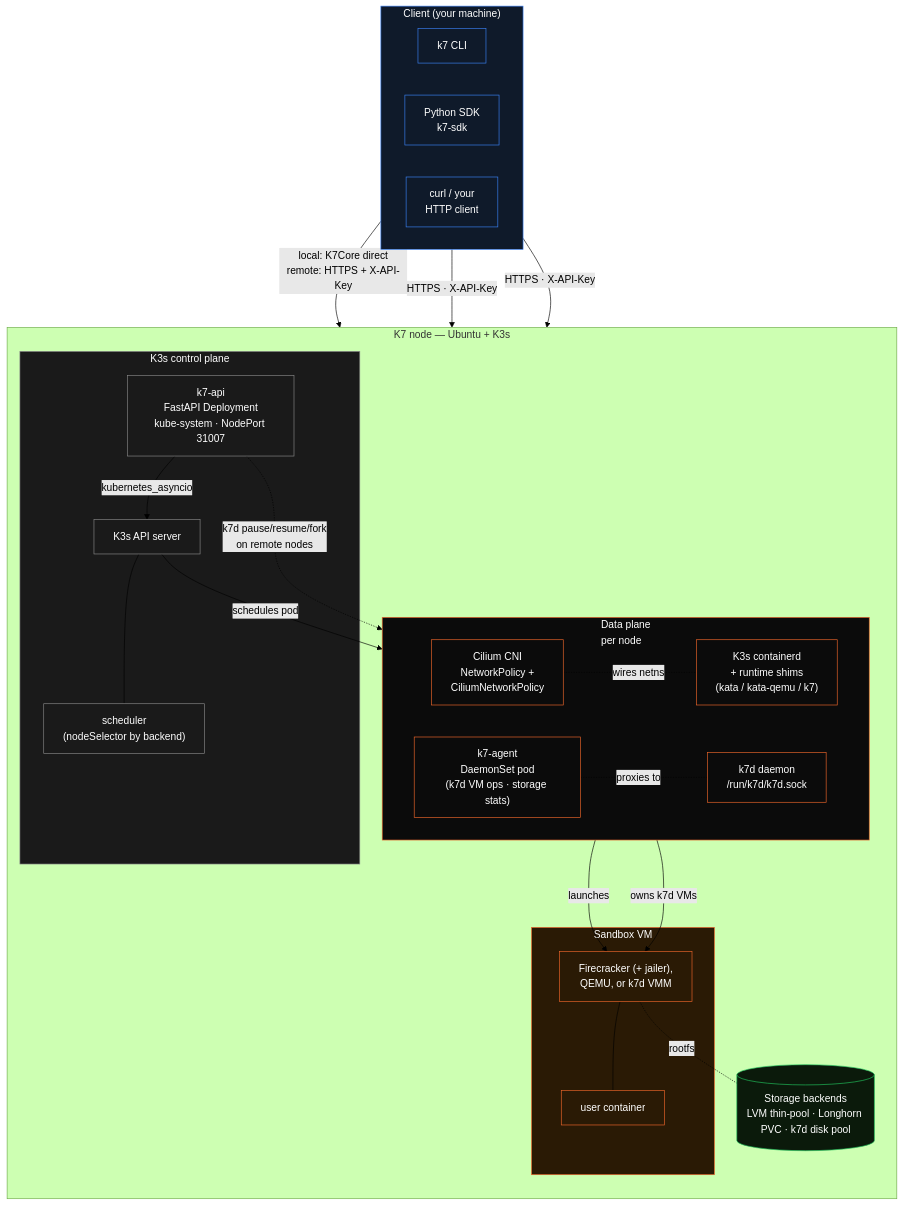
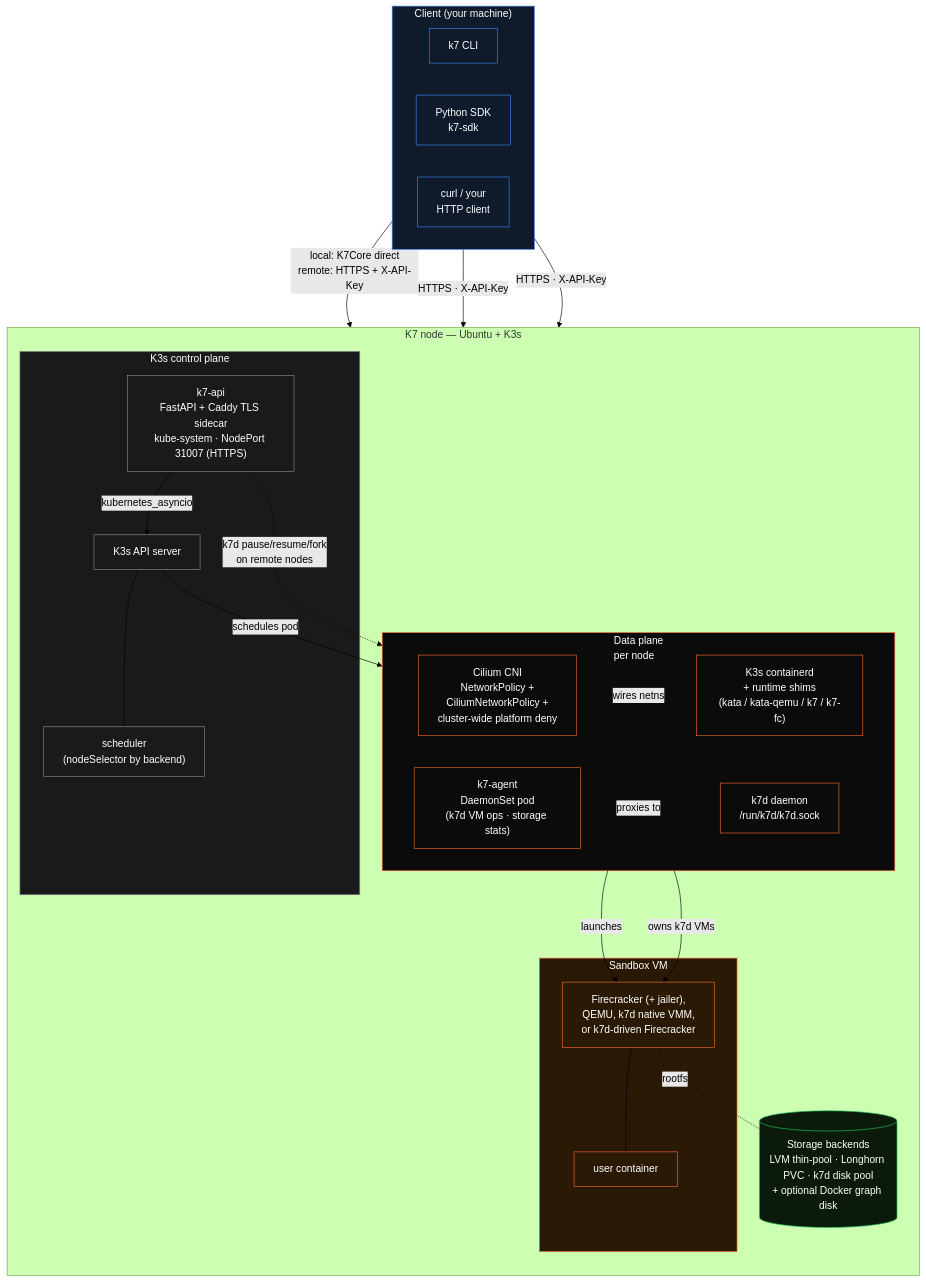
Before and after one commit to Katakate/docs: the diagram in k7/concepts/architecture.mdx, drawn with Mermaid (forest theme). The commit also changed other lines of this file and 32 other files, not shown here.

````diff
--- a/k7/concepts/architecture.mdx
+++ b/k7/concepts/architecture.mdx
@@ -10,60 +10,60 @@
 ```mermaid
 flowchart TB
     subgraph Client["Client (your machine)"]
         direction LR
         CLI["k7 CLI"]
         SDK["Python SDK<br/>k7-sdk"]
         Curl["curl / your<br/>HTTP client"]
     end
 
     subgraph Node["K7 node — Ubuntu + K3s"]
         direction TB
 
         subgraph ControlPlane["K3s control plane"]
-            API["k7-api<br/>FastAPI Deployment<br/>kube-system · NodePort 31007"]
+            API["k7-api<br/>FastAPI + Caddy TLS sidecar<br/>kube-system · NodePort 31007 (HTTPS)"]
             K3sAPI["K3s API server"]
             Sched["scheduler<br/>(nodeSelector by backend)"]
             API -- "kubernetes_asyncio" --> K3sAPI
             K3sAPI --- Sched
         end
 
         subgraph DataPlane["Data plane<br/>per node"]
             direction LR
-            Cilium["Cilium CNI<br/>NetworkPolicy +<br/>CiliumNetworkPolicy"]
-            Containerd["K3s containerd<br/>+ runtime shims<br/>(kata / kata-qemu / k7)"]
+            Cilium["Cilium CNI<br/>NetworkPolicy +<br/>CiliumNetworkPolicy +<br/>cluster-wide platform deny"]
+            Containerd["K3s containerd<br/>+ runtime shims<br/>(kata / kata-qemu / k7 / k7-fc)"]
             Agent["k7-agent<br/>DaemonSet pod<br/>(k7d VM ops · storage stats)"]
             K7dD["k7d daemon<br/>/run/k7d/k7d.sock"]
         end
 
         subgraph Sandbox["Sandbox VM"]
-            VMM["Firecracker (+ jailer),<br/>QEMU, or k7d VMM"]
+            VMM["Firecracker (+ jailer),<br/>QEMU, k7d native VMM,<br/>or k7d-driven Firecracker"]
             UserCnt["user container"]
             VMM --- UserCnt
         end
 
-        Storage[("Storage backends<br/>LVM thin-pool · Longhorn PVC · k7d disk pool")]
+        Storage[("Storage backends<br/>LVM thin-pool · Longhorn PVC · k7d disk pool<br/>+ optional Docker graph disk")]
 
         K3sAPI -- "schedules pod" --> Containerd
         Cilium -. "wires netns" .- Containerd
         Containerd -- "launches" --> VMM
         API -. "k7d pause/resume/fork<br/>on remote nodes" .-> Agent
         Agent -. "proxies to" .- K7dD
         K7dD -- "owns k7d VMs" --> VMM
         VMM -. "rootfs" .- Storage
     end
 
     CLI -- "local: K7Core direct<br/>remote: HTTPS + X-API-Key" --> API
     SDK -- "HTTPS · X-API-Key" --> API
     Curl -- "HTTPS · X-API-Key" --> API
 
     classDef client fill:#0f1a2a,stroke:#3b82f6,color:#fff;
     classDef ctrl fill:#1a1a1a,stroke:#888,color:#fff;
     classDef data fill:#0b0b0b,stroke:#ef672b,color:#fff;
     classDef vm fill:#2a1a05,stroke:#ef672b,color:#fff;
     classDef store fill:#0b1a0b,stroke:#22c55e,color:#fff;
     class Client,CLI,SDK,Curl client;
     class ControlPlane,API,K3sAPI,Sched ctrl;
     class DataPlane,Cilium,Containerd,Agent,K7dD data;
     class Sandbox,VMM,UserCnt vm;
     class Storage store;
 ```
````
